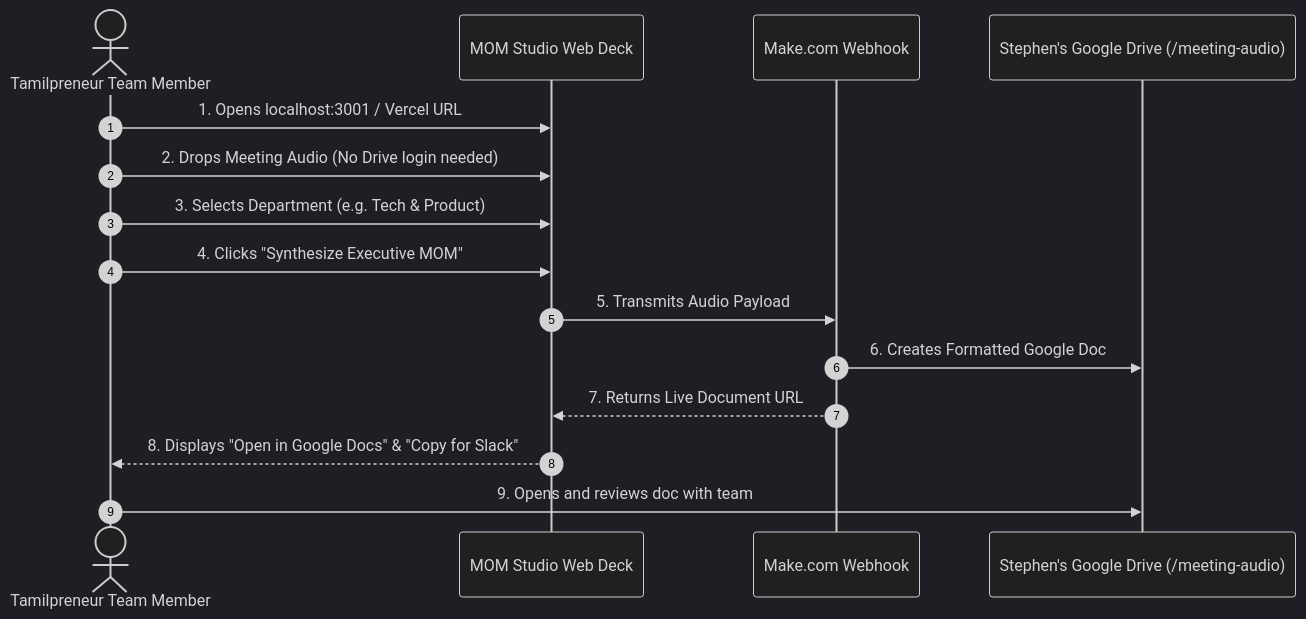
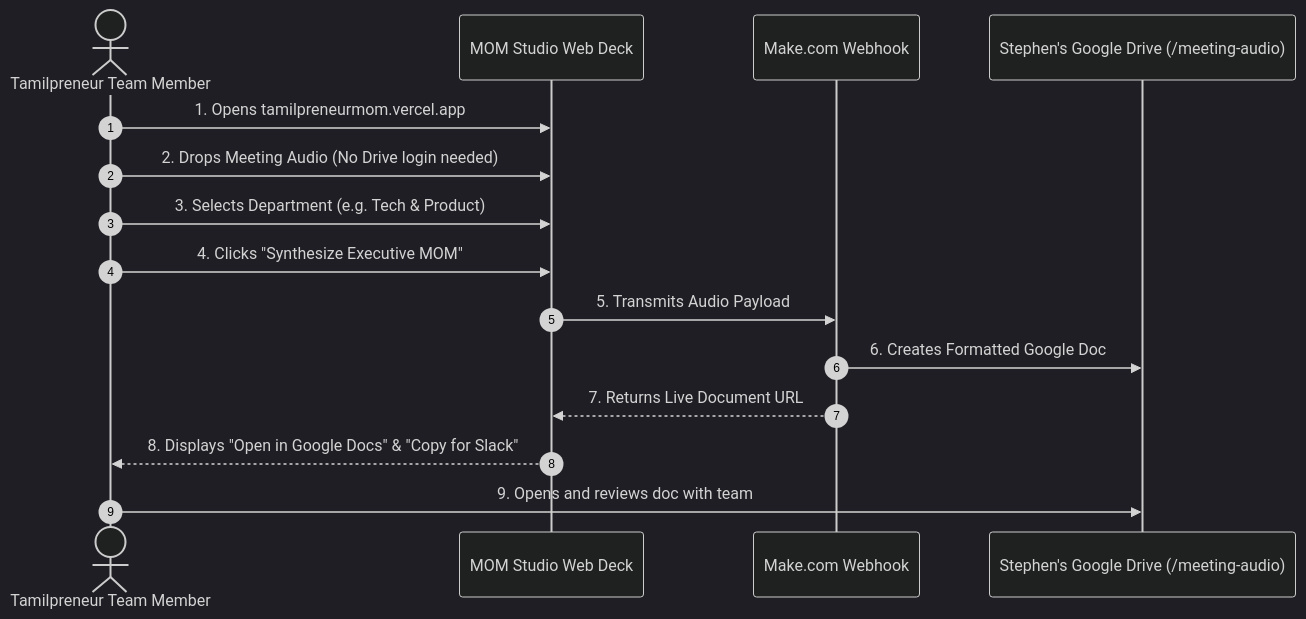
The second of 2 diagrams in PROJECT_REPORT.md (stephenraj27dot/Tp_mom), drawn with Mermaid (dark theme) before and after one commit. The commit also changed other lines of this file and 17 other files, not shown here.

Commit message:
feat: add downloadable TL project report in PDF and HTML formats, update links to live Vercel app, and prevent broken doc URLs

````diff
--- a/PROJECT_REPORT.md
+++ b/PROJECT_REPORT.md
@@ -135,18 +138,18 @@
 ```mermaid
 sequenceDiagram
     autonumber
     actor Team as Tamilpreneur Team Member
     participant App as MOM Studio Web Deck
     participant Webhook as Make.com Webhook
     participant Drive as Stephen's Google Drive (/meeting-audio)
     
-    Team->>App: 1. Opens localhost:3001 / Vercel URL
+    Team->>App: 1. Opens tamilpreneurmom.vercel.app
     Team->>App: 2. Drops Meeting Audio (No Drive login needed)
     Team->>App: 3. Selects Department (e.g. Tech & Product)
     Team->>App: 4. Clicks "Synthesize Executive MOM"
     App->>Webhook: 5. Transmits Audio Payload
     Webhook->>Drive: 6. Creates Formatted Google Doc
     Webhook-->>App: 7. Returns Live Document URL
     App-->>Team: 8. Displays "Open in Google Docs" & "Copy for Slack"
     Team->>Drive: 9. Opens and reviews doc with team
 ```
````
